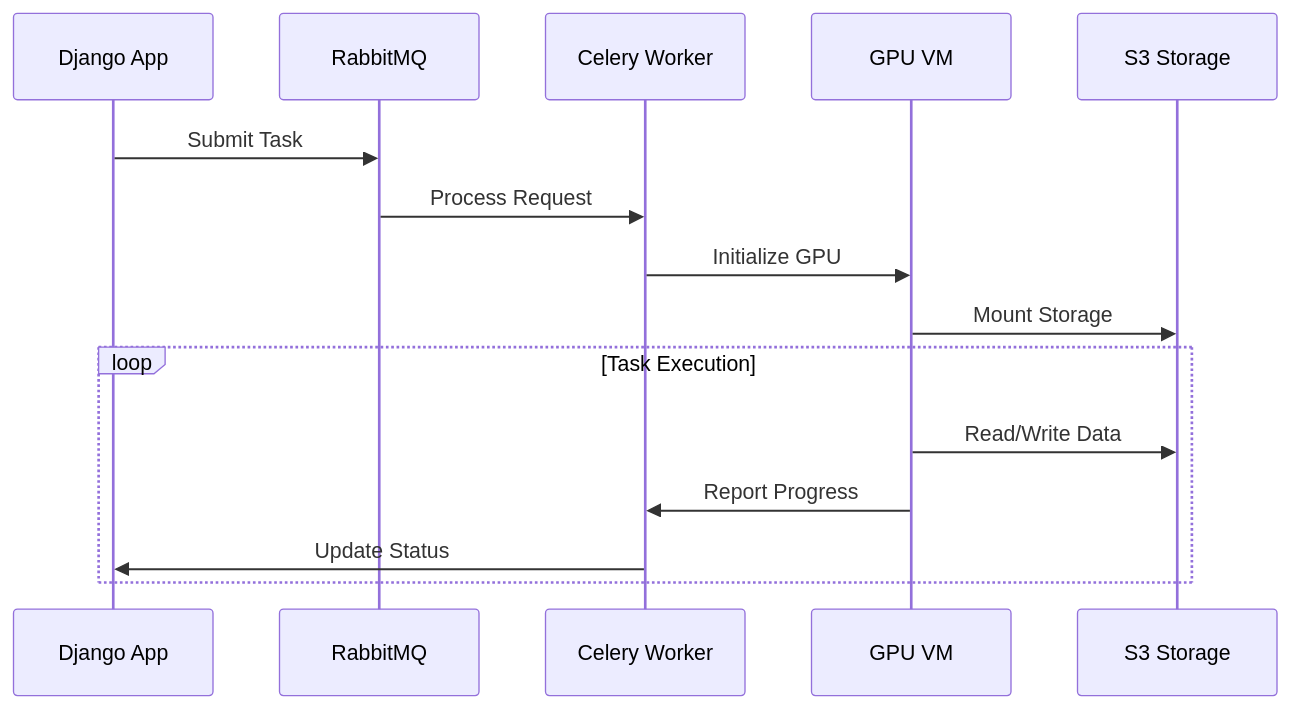
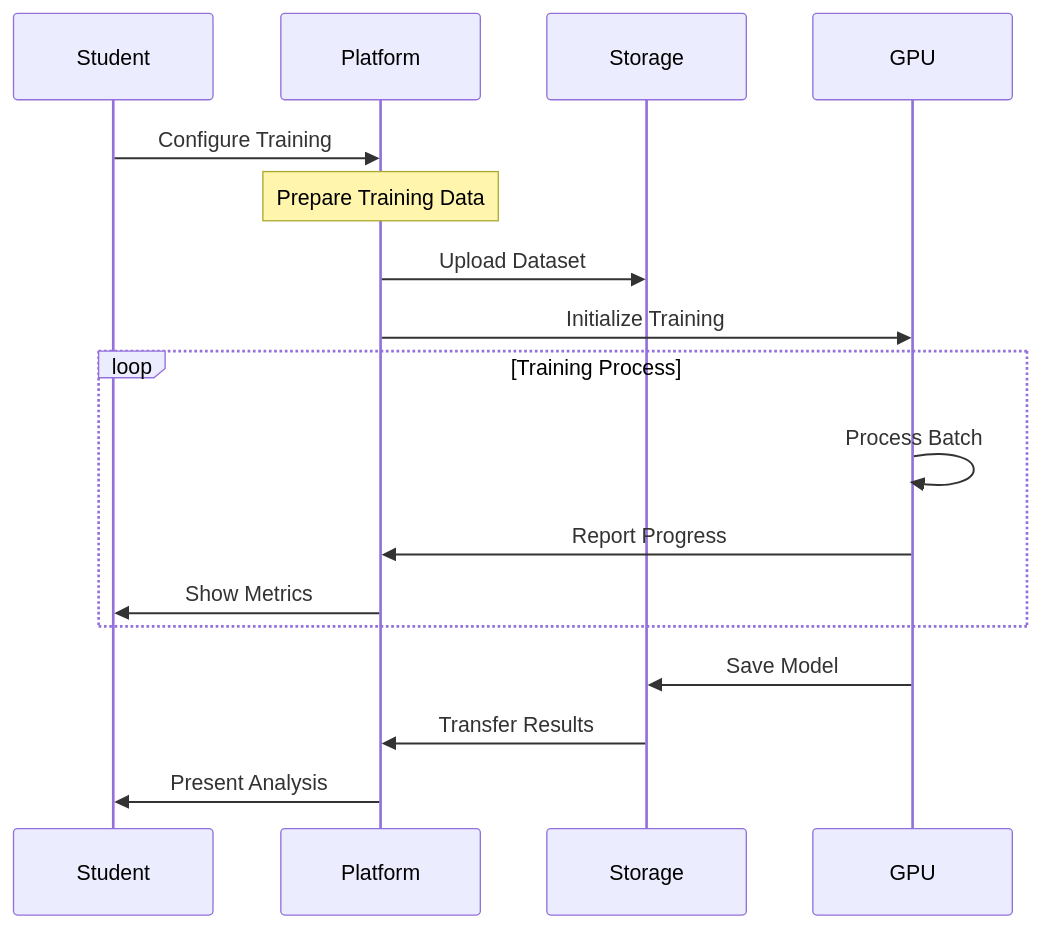
One commit to frontierbio-tech/frontierbio-tech.github.io changed the second of 4 diagrams in test2.md. Above: the diagram before and after it, drawn with Mermaid. The commit also changed other lines of this file, not shown here.

````diff
--- a/test2.md
+++ b/test2.md
@@ -110,19 +89,23 @@
 ```mermaid
 sequenceDiagram
-    participant App as Django App
-    participant Queue as RabbitMQ
-    participant Worker as Celery Worker
-    participant VM as GPU VM
-    participant Storage as S3 Storage
+    participant Student
+    participant Platform
+    participant Storage
+    participant GPU
 
-    App->>Queue: Submit Task
-    Queue->>Worker: Process Request
-    Worker->>VM: Initialize GPU
-    VM->>Storage: Mount Storage
+    Student->>Platform: Configure Training
+    Note over Platform: Prepare Training Data
     
-    loop Task Execution
-        VM->>Storage: Read/Write Data
-        VM->>Worker: Report Progress
-        Worker->>App: Update Status
+    Platform->>Storage: Upload Dataset
+    Platform->>GPU: Initialize Training
+    
+    loop Training Process
+        GPU->>GPU: Process Batch
+        GPU->>Platform: Report Progress
+        Platform->>Student: Show Metrics
     end
+    
+    GPU->>Storage: Save Model
+    Storage->>Platform: Transfer Results
+    Platform->>Student: Present Analysis
 ```
````
